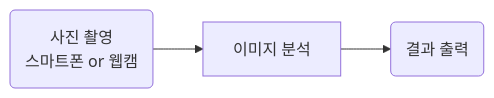
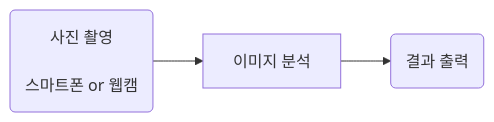
The diagram in Readme.md (201710808/-p), drawn with Mermaid before and after one commit.

````diff
--- a/Readme.md
+++ b/Readme.md
@@ -3,5 +3,5 @@
 ```mermaid
 graph LR
-A(사진 촬영\n스마트폰 or 웹캠)-->B[이미지 분석]
+A(사진 촬영\n\n스마트폰 or 웹캠)-->B[이미지 분석]
 B-->C(결과 출력)
 ```
````
